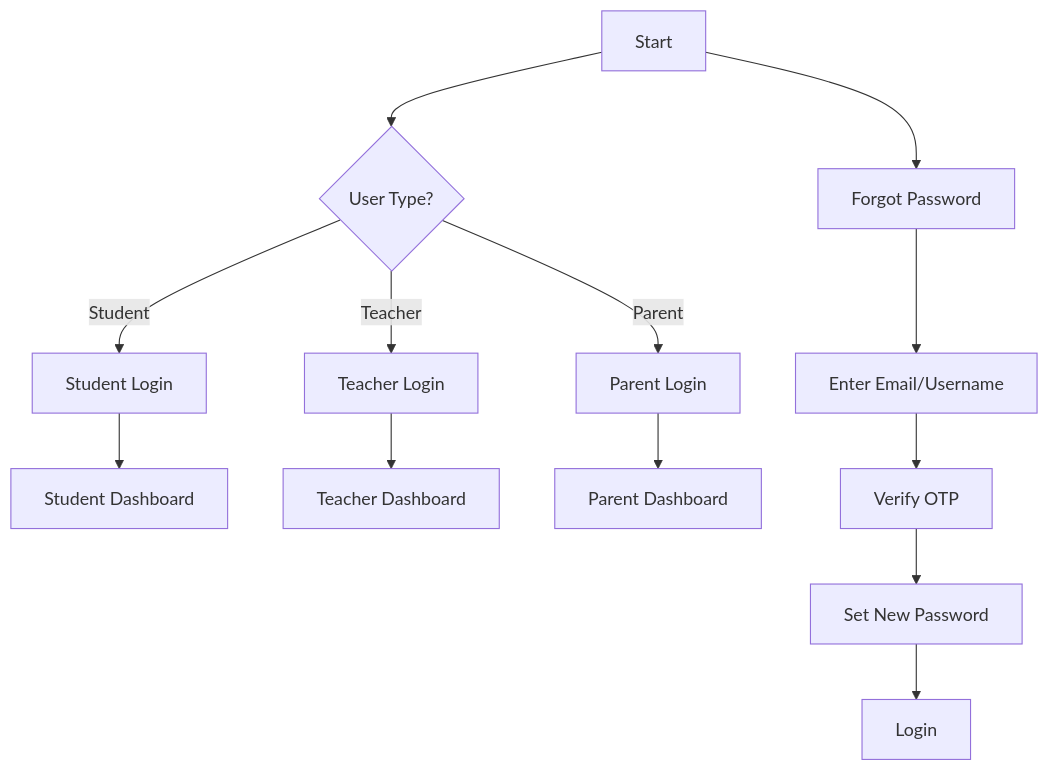
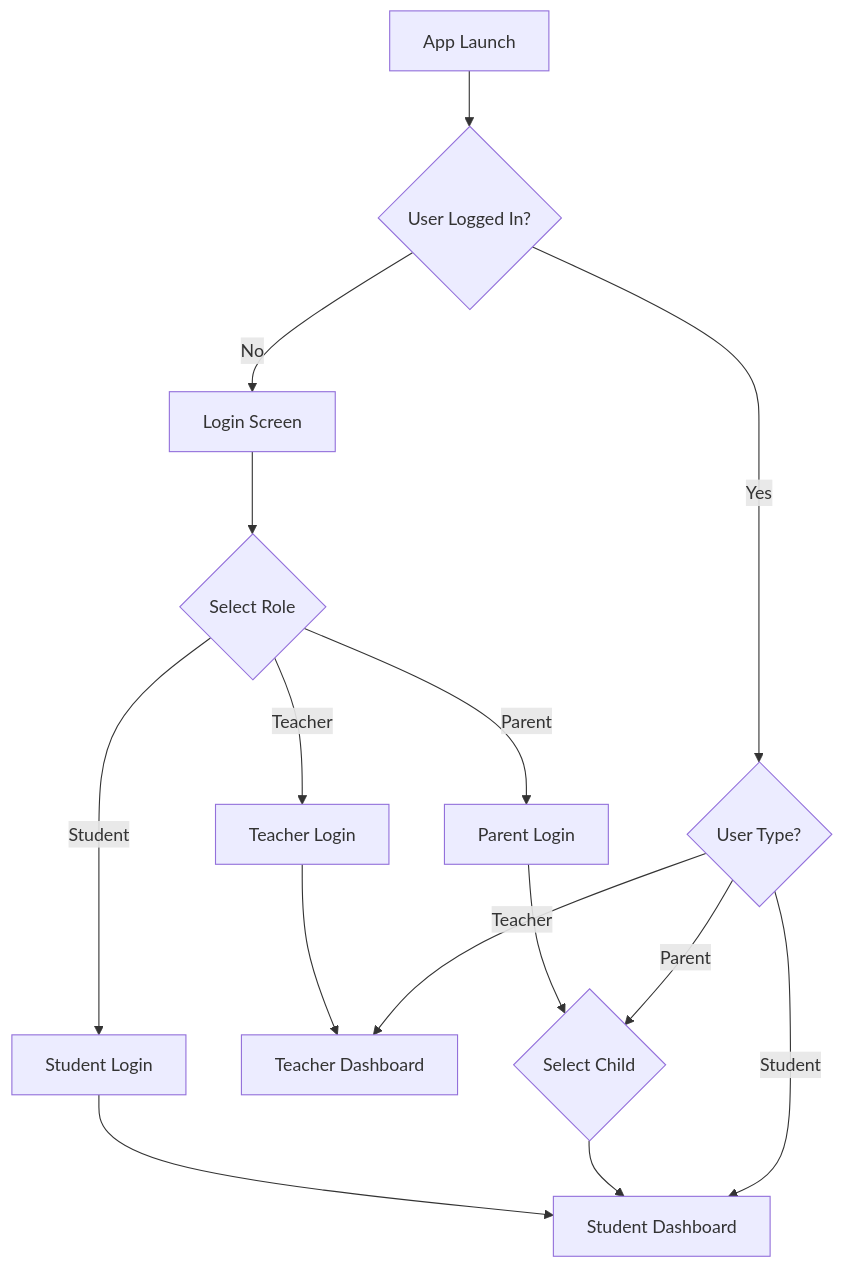
One commit to kainatsghar/CityzensApp changed the first of 5 diagrams in README.md. Above: the diagram before and after it, drawn with Mermaid. The commit also changed other lines of this file and 36 other files, not shown here.

````diff
--- a/README.md
+++ b/README.md
@@ -14,15 +39,17 @@
 ```mermaid
-flowchart TD
-    A[Start] --> B{User Type?}
-    B -->|Student| C[Student Login]
-    B -->|Teacher| D[Teacher Login]
-    B -->|Parent| E[Parent Login]
-    C --> F[Student Dashboard]
-    D --> G[Teacher Dashboard]
-    E --> H[Parent Dashboard]
-    A --> I[Forgot Password]
-    I --> J[Enter Email/Username]
-    J --> K[Verify OTP]
-    K --> L[Set New Password]
-    L --> M[Login]
+graph TD
+    A[App Launch] --> B{User Logged In?}
+    B -->|No| C[Login Screen]
+    B -->|Yes| D{User Type?}
+    C --> E{Select Role}
+    E -->|Student| F[Student Login]
+    E -->|Teacher| G[Teacher Login]
+    E -->|Parent| H[Parent Login]
+    F --> I[Student Dashboard]
+    G --> J[Teacher Dashboard]
+    H --> K{Select Child}
+    K --> I
+    D -->|Student| I
+    D -->|Teacher| J
+    D -->|Parent| K
 ```
````
